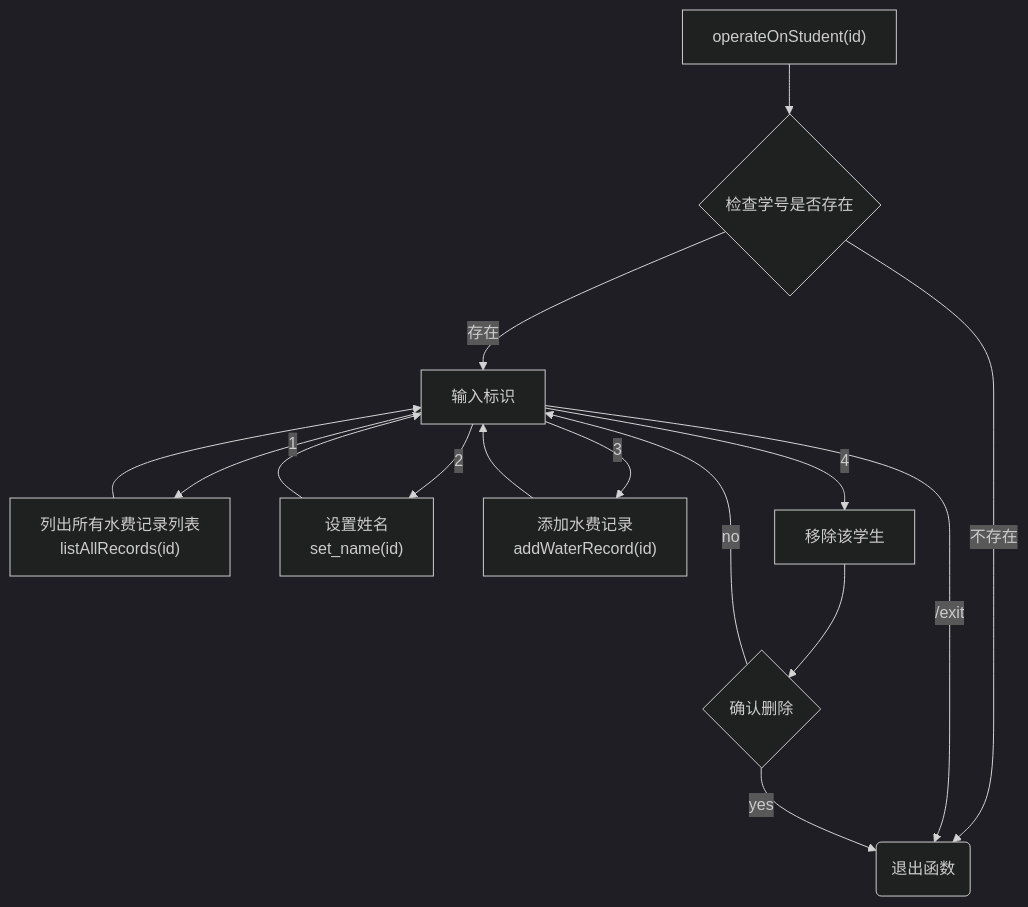
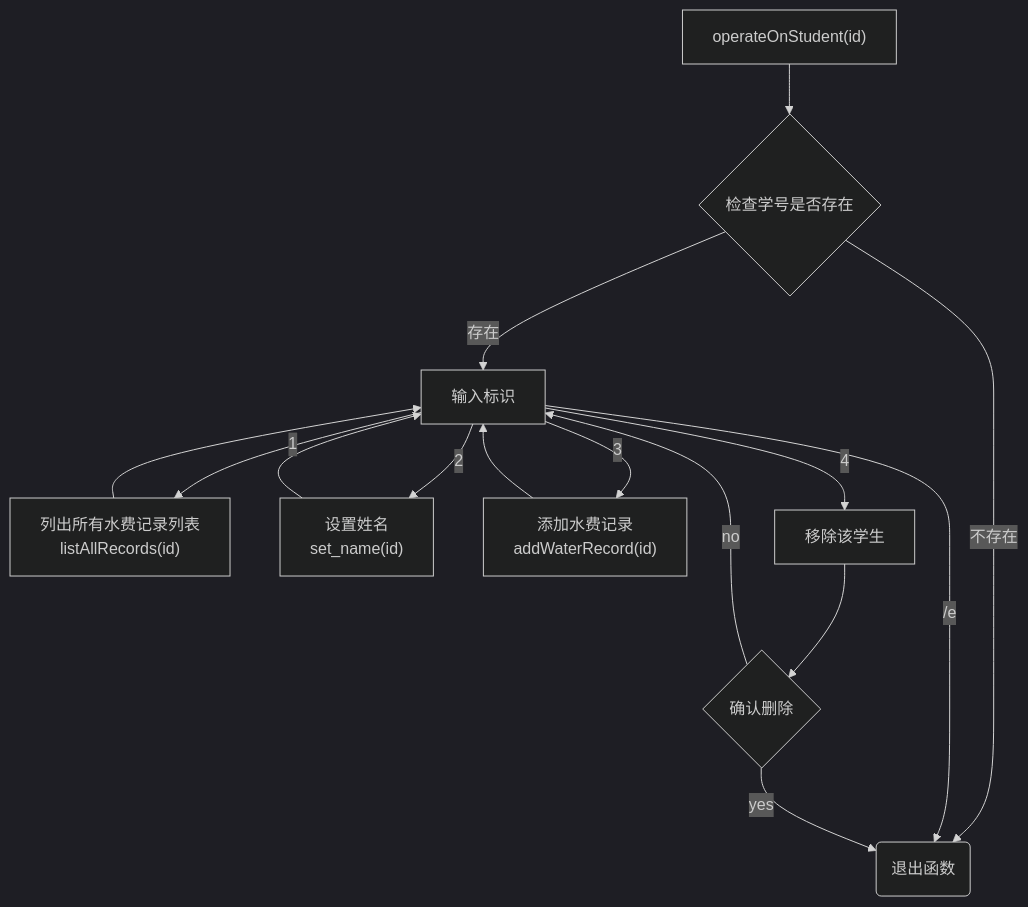
The sixth of 19 diagrams in README.md (forer-lika777/Heyiwei), drawn with Mermaid (dark theme) before and after one commit. The commit also changed other lines of this file and 9 other files, not shown here.

````diff
--- a/README.md
+++ b/README.md
@@ -895,21 +259,21 @@
 ```mermaid
 flowchart TD
     start["operateOnStudent(id)"] --> check_exist{检查学号是否存在}
 
     check_exist --> |不存在| exit(退出函数)
     check_exist --> |存在| entry[输入标识]
     
     entry --> |1| list_all_records["列出所有水费记录列表<br/>listAllRecords(id)"]
     entry --> |2| set_name["设置姓名<br/>set_name(id)"]
     entry --> |3| add_record["添加水费记录<br/>addWaterRecord(id)"]
     entry --> |4| remove_this[移除该学生]
-    entry --> |"/exit"| exit
+    entry --> |"/e"| exit
 
     list_all_records --> entry
     set_name --> entry
     add_record --> entry
     remove_this --> confirm{确认删除}
 
     confirm --> |yes| exit
     confirm --> |no| entry
 ```
````
